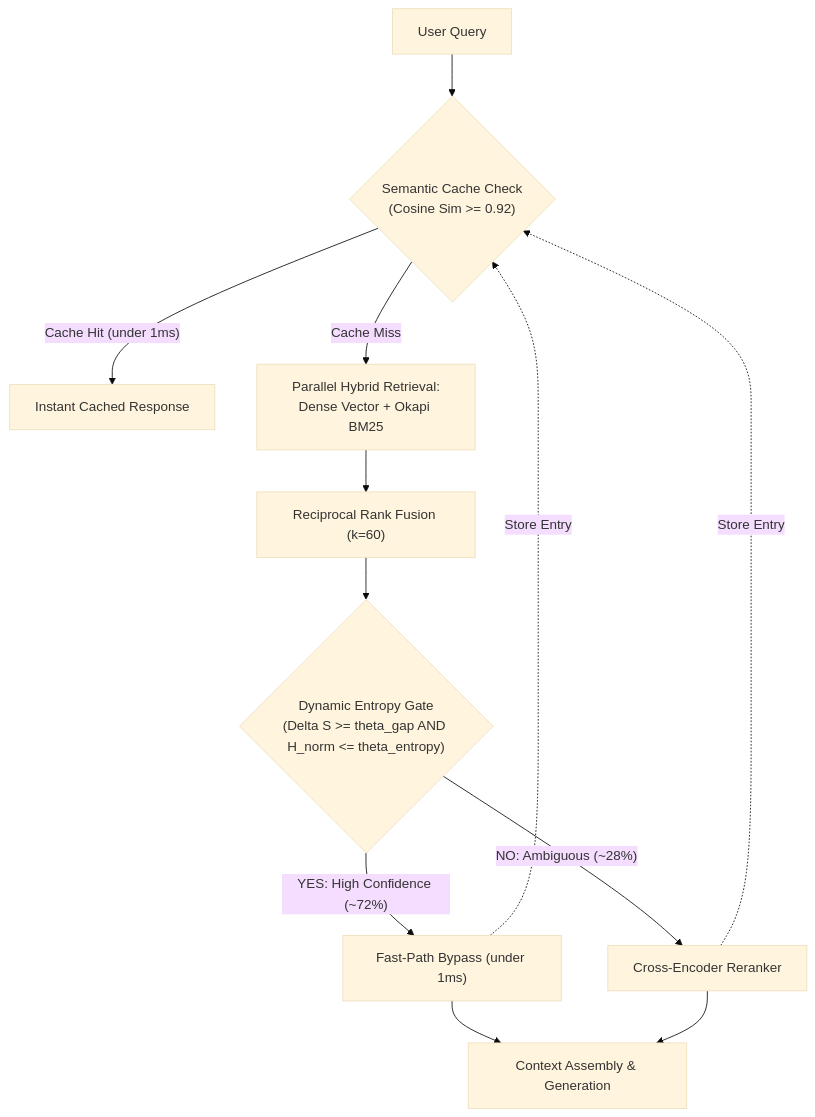
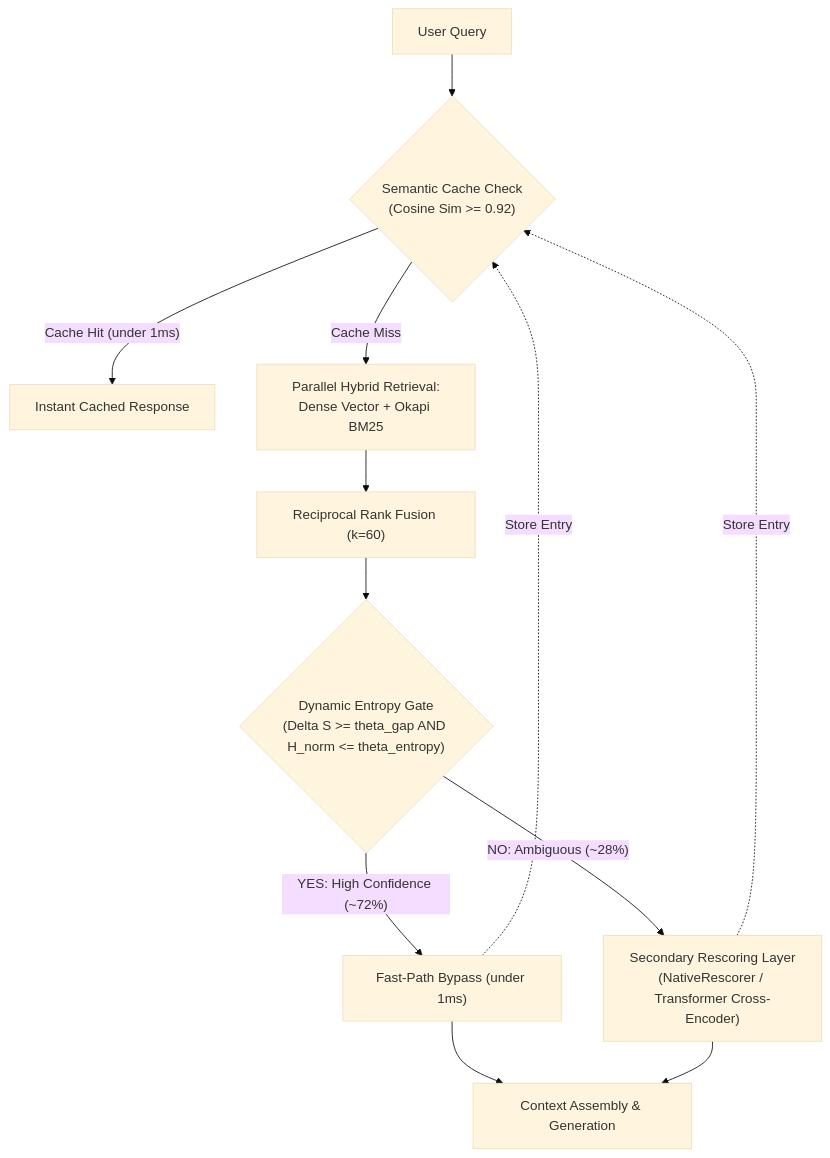
One commit to Rangga11268/speculative-rag-engine changed the diagram in README.md. Above: the diagram before and after it, drawn with Mermaid (base theme). The commit also changed other lines of this file, not shown here.

Commit message:
docs(specrag): clarify NativeRescorer architecture, local CPU scope, and benchmark parity

````diff
--- a/README.md
+++ b/README.md
@@ -37,14 +40,14 @@
 ```mermaid
 flowchart TD
     Q["User Query"] --> SC{"Semantic Cache Check\n(Cosine Sim >= 0.92)"}
     SC -- "Cache Hit (under 1ms)" --> R["Instant Cached Response"]
     SC -- "Cache Miss" --> HY["Parallel Hybrid Retrieval:\nDense Vector + Okapi BM25"]
     HY --> RRF["Reciprocal Rank Fusion (k=60)"]
     RRF --> EG{"Dynamic Entropy Gate\n(Delta S >= theta_gap AND H_norm <= theta_entropy)"}
     EG -- "YES: High Confidence (~72%)" --> FP["Fast-Path Bypass (under 1ms)"]
-    EG -- "NO: Ambiguous (~28%)" --> CE["Cross-Encoder Reranker"]
+    EG -- "NO: Ambiguous (~28%)" --> CE["Secondary Rescoring Layer\n(NativeRescorer / Transformer Cross-Encoder)"]
     FP --> GEN["Context Assembly & Generation"]
     CE --> GEN
     FP -.-> |Store Entry| SC
     CE -.-> |Store Entry| SC
 ```
````
